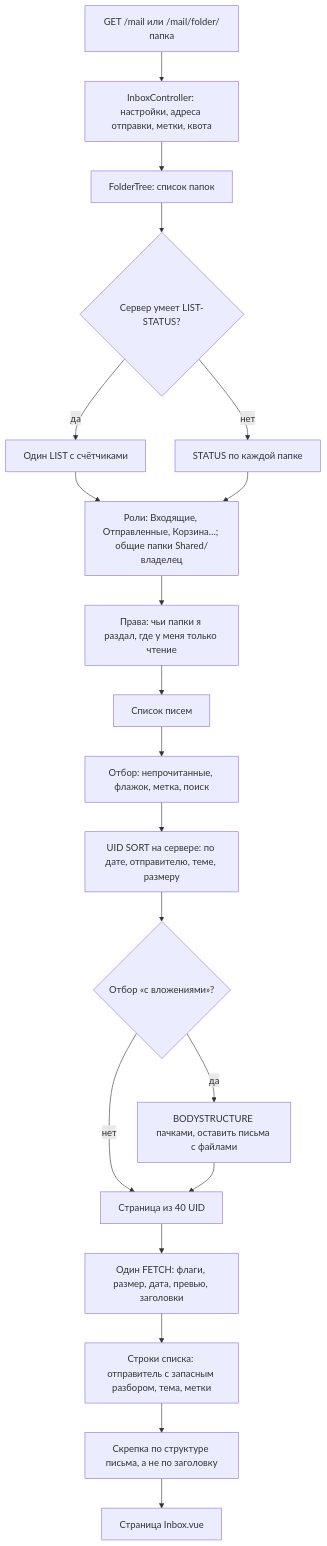
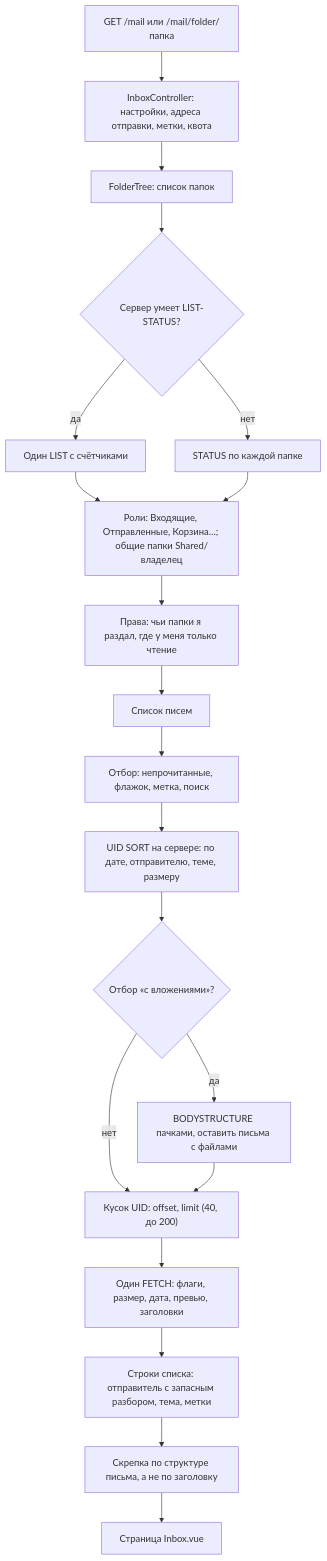
Before and after one commit to crowartie/mailadmin: the first of 3 diagrams in docs/processes/mailbox-view.md, drawn with Mermaid. The commit also changed other lines of this file and 1 other file, not shown here.

````diff
--- a/docs/processes/mailbox-view.md
+++ b/docs/processes/mailbox-view.md
@@ -6,23 +7,23 @@
 ```mermaid
 flowchart TD
     P["GET /mail или /mail/folder/папка"] --> INB["InboxController: настройки, адреса отправки, метки, квота"]
     INB --> FT["FolderTree: список папок"]
     FT --> ST{"Сервер умеет LIST-STATUS?"}
     ST -->|да| ONE["Один LIST с счётчиками"]
     ST -->|нет| MANY["STATUS по каждой папке"]
     ONE --> ROLES
     MANY --> ROLES["Роли: Входящие, Отправленные, Корзина…; общие папки Shared/владелец"]
     ROLES --> ACL["Права: чьи папки я раздал, где у меня только чтение"]
     ACL --> LIST["Список писем"]
 
     LIST --> F["Отбор: непрочитанные, флажок, метка, поиск"]
     F --> SORT["UID SORT на сервере: по дате, отправителю, теме, размеру"]
     SORT --> ATT{"Отбор «с вложениями»?"}
     ATT -->|да| BS["BODYSTRUCTURE пачками, оставить письма с файлами"]
     ATT -->|нет| PAGE
-    BS --> PAGE["Страница из 40 UID"]
+    BS --> PAGE["Кусок UID: offset, limit (40, до 200)"]
     PAGE --> FETCH["Один FETCH: флаги, размер, дата, превью, заголовки"]
     FETCH --> ROWS["Строки списка: отправитель с запасным разбором, тема, метки"]
     ROWS --> CLIP["Скрепка по структуре письма, а не по заголовку"]
     CLIP --> UI["Страница Inbox.vue"]
 ```
````
